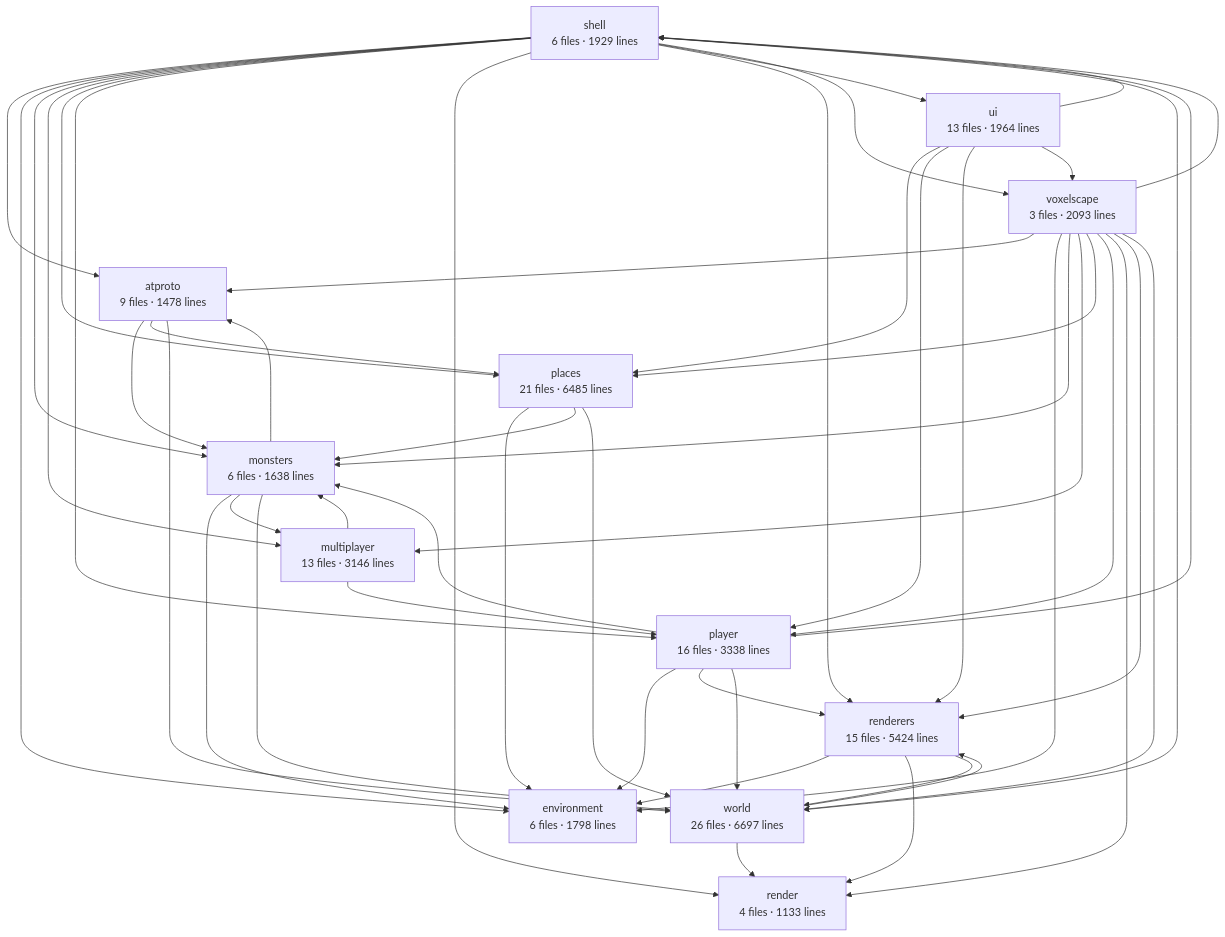
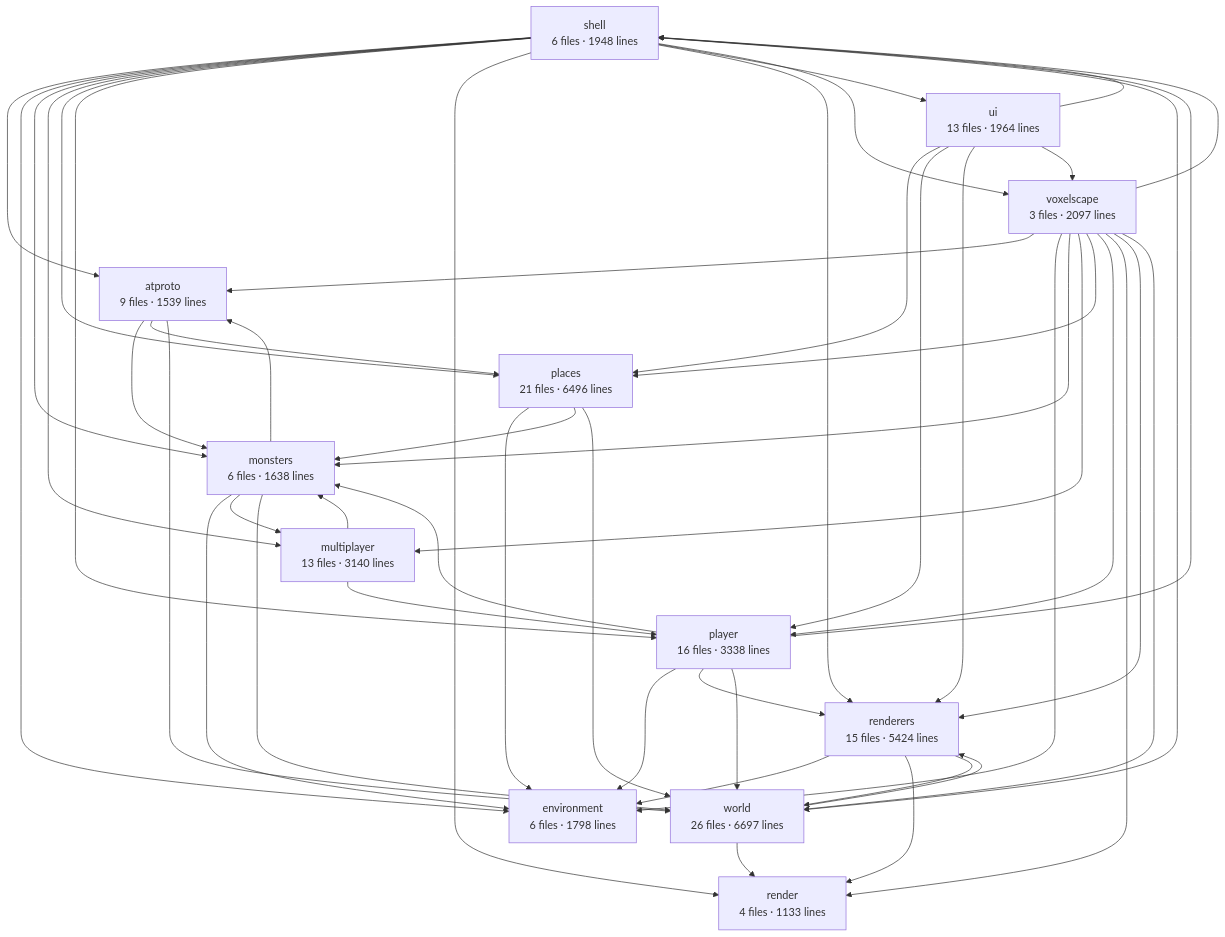
The diagram in apps/voxelscape/docs/architecture.md (clinuxrulz/big-mesh-studios), drawn with Mermaid before and after one commit. The commit also changed other lines of this file and 30 other files, not shown here.

````diff
--- a/apps/voxelscape/docs/architecture.md
+++ b/apps/voxelscape/docs/architecture.md
@@ -6,63 +6,63 @@
 ```mermaid
 graph TD
-  shell["shell<br/>6 files · 1929 lines"]
-  voxelscape["voxelscape<br/>3 files · 2093 lines"]
+  shell["shell<br/>6 files · 1948 lines"]
+  voxelscape["voxelscape<br/>3 files · 2097 lines"]
   world["world<br/>26 files · 6697 lines"]
   renderers["renderers<br/>15 files · 5424 lines"]
   render["render<br/>4 files · 1133 lines"]
   player["player<br/>16 files · 3338 lines"]
   monsters["monsters<br/>6 files · 1638 lines"]
-  multiplayer["multiplayer<br/>13 files · 3146 lines"]
-  places["places<br/>21 files · 6485 lines"]
+  multiplayer["multiplayer<br/>13 files · 3140 lines"]
+  places["places<br/>21 files · 6496 lines"]
   environment["environment<br/>6 files · 1798 lines"]
-  atproto["atproto<br/>9 files · 1478 lines"]
+  atproto["atproto<br/>9 files · 1539 lines"]
   ui["ui<br/>13 files · 1964 lines"]
   atproto --> monsters
   atproto --> places
   atproto --> world
   monsters --> atproto
   monsters --> environment
   monsters --> multiplayer
   monsters --> world
   multiplayer --> monsters
   multiplayer --> player
   places --> environment
   places --> monsters
   places --> world
   player --> environment
   player --> monsters
   player --> renderers
   player --> shell
   player --> world
   renderers --> environment
   renderers --> render
   renderers --> world
   shell --> atproto
   shell --> environment
   shell --> monsters
   shell --> multiplayer
   shell --> places
   shell --> player
   shell --> render
   shell --> renderers
   shell --> ui
   shell --> voxelscape
   shell --> world
   ui --> places
   ui --> player
   ui --> renderers
   ui --> shell
   ui --> voxelscape
   voxelscape --> atproto
   voxelscape --> environment
   voxelscape --> monsters
   voxelscape --> multiplayer
   voxelscape --> places
   voxelscape --> player
   voxelscape --> render
   voxelscape --> renderers
   voxelscape --> shell
   voxelscape --> world
   world --> render
   world --> renderers
 ```
````
